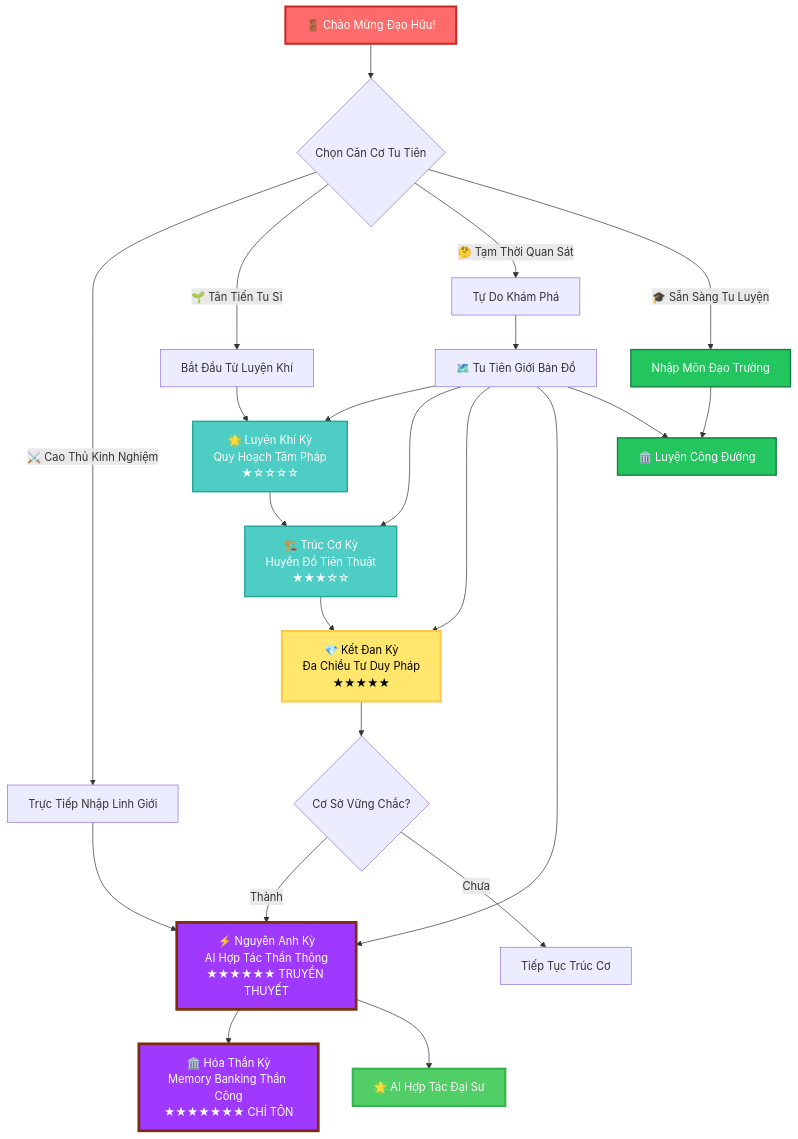
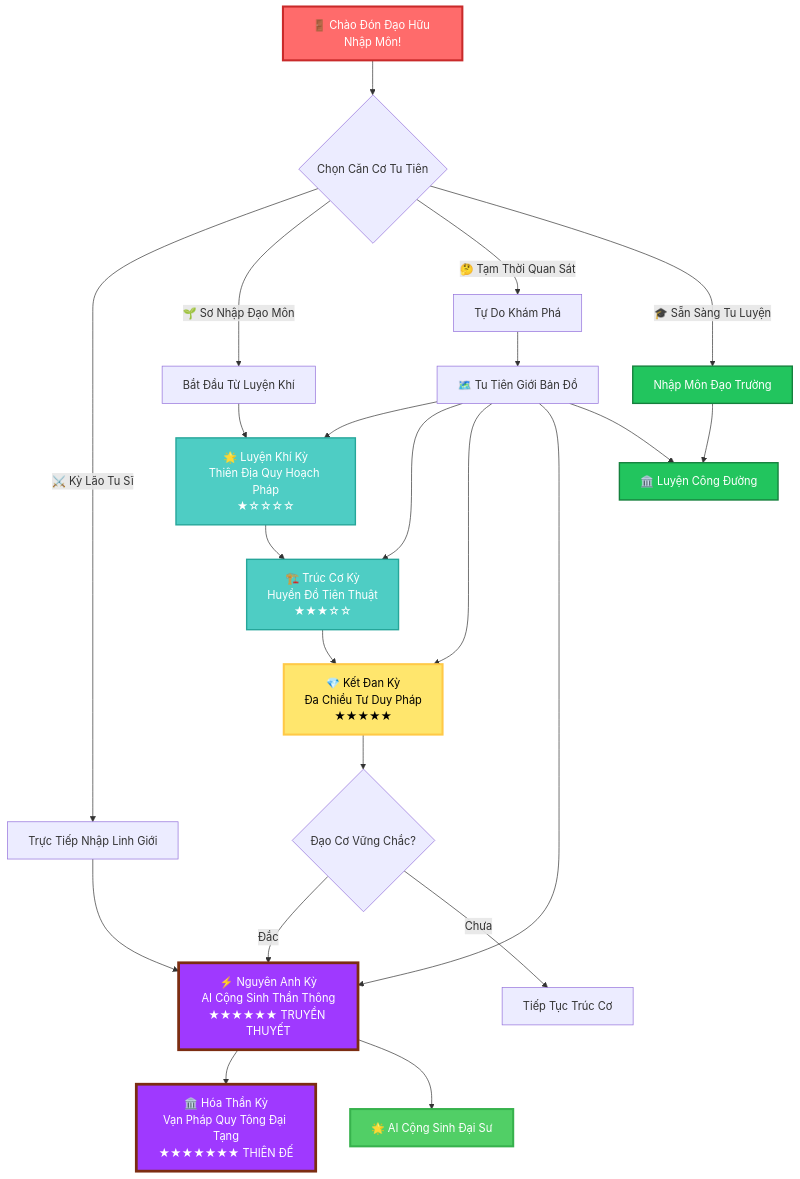
Before and after one commit to giang6283623/cursor-tip: the first of 8 diagrams in README-TUTIEN.md, drawn with Mermaid. The commit also changed other lines of this file and 7 other files, not shown here.

````diff
--- a/README-TUTIEN.md
+++ b/README-TUTIEN.md
@@ -7,45 +7,45 @@
 ```mermaid
 graph TD
-    Start[🚪 Chào Mừng Đạo Hữu!] --> CharCreate{Chọn Căn Cơ Tu Tiên}
+    Start[🚪 Chào Đón Đạo Hữu Nhập Môn!] --> CharCreate{Chọn Căn Cơ Tu Tiên}
 
-    CharCreate -->|"⚔️ Cao Thủ Kinh Nghiệm"| Veteran[Trực Tiếp Nhập Linh Giới]
-    CharCreate -->|"🌱 Tân Tiến Tu Sĩ"| Beginner[Bắt Đầu Từ Luyện Khí]
+    CharCreate -->|"⚔️ Kỳ Lão Tu Sĩ"| Veteran[Trực Tiếp Nhập Linh Giới]
+    CharCreate -->|"🌱 Sơ Nhập Đạo Môn"| Beginner[Bắt Đầu Từ Luyện Khí]
     CharCreate -->|"🤔 Tạm Thời Quan Sát"| Explorer[Tự Do Khám Phá]
     CharCreate -->|"🎓 Sẵn Sàng Tu Luyện"| TrainingMode[Nhập Môn Đạo Trường]
 
-    Beginner --> Realm1[🌟 Luyện Khí Kỳ<br/>Quy Hoạch Tâm Pháp<br/>★☆☆☆☆]
+    Beginner --> Realm1[🌟 Luyện Khí Kỳ<br/>Thiên Địa Quy Hoạch Pháp<br/>★☆☆☆☆]
     Realm1 --> Realm2[🏗️ Trúc Cơ Kỳ<br/>Huyền Đồ Tiên Thuật<br/>★★★☆☆]
     Realm2 --> Realm3[💎 Kết Đan Kỳ<br/>Đa Chiều Tư Duy Pháp<br/>★★★★★]
 
-    Realm3 --> CheckFoundation{Cơ Sở Vững Chắc?}
-    CheckFoundation -->|"Thành"| AdvancedRealm[⚡ Nguyên Anh Kỳ<br/>AI Hợp Tác Thần Thông<br/>★★★★★★ TRUYỀN THUYẾT]
+    Realm3 --> CheckFoundation{Đạo Cơ Vững Chắc?}
+    CheckFoundation -->|"Đắc"| AdvancedRealm[⚡ Nguyên Anh Kỳ<br/>AI Cộng Sinh Thần Thông<br/>★★★★★★ TRUYỀN THUYẾT]
     CheckFoundation -->|"Chưa"| ContinueTraining[Tiếp Tục Trúc Cơ]
 
-    AdvancedRealm --> FinalRealm[🏛️ Hóa Thần Kỳ<br/>Memory Banking Thần Công<br/>★★★★★★★ CHÍ TÔN]
+    AdvancedRealm --> FinalRealm[🏛️ Hóa Thần Kỳ<br/>Vạn Pháp Quy Tông Đại Tạng<br/>★★★★★★★ THIÊN ĐẾ]
 
     TrainingMode --> Missions[🏛️ Luyện Công Đường]
-    AdvancedRealm --> Mastery[🌟 AI Hợp Tác Đại Sư]
+    AdvancedRealm --> Mastery[🌟 AI Cộng Sinh Đại Sư]
 
     Explorer --> RealmMap[🗺️ Tu Tiên Giới Bản Đồ]
     Veteran --> AdvancedRealm
 
     RealmMap --> Realm1
     RealmMap --> Realm2
     RealmMap --> Realm3
     RealmMap --> AdvancedRealm
     RealmMap --> Missions
 
     classDef start fill:#ff6b6b,stroke:#c92a2a,stroke-width:3px,color:#fff
     classDef realm fill:#4ecdc4,stroke:#26a69a,stroke-width:2px,color:#fff
     classDef boss fill:#ffe66d,stroke:#ffc947,stroke-width:3px,color:#000
     classDef legendary fill:#9f39ff,stroke:#7c2d12,stroke-width:4px,color:#fff
     classDef training fill:#22c55e,stroke:#15803d,stroke-width:2px,color:#fff
     classDef mastery fill:#51cf66,stroke:#37b24d,stroke-width:3px,color:#fff
 
     class Start start
     class Realm1,Realm2 realm
     class Realm3 boss
     class AdvancedRealm,FinalRealm legendary
     class TrainingMode,Missions training
     class Mastery mastery
 ```
````
